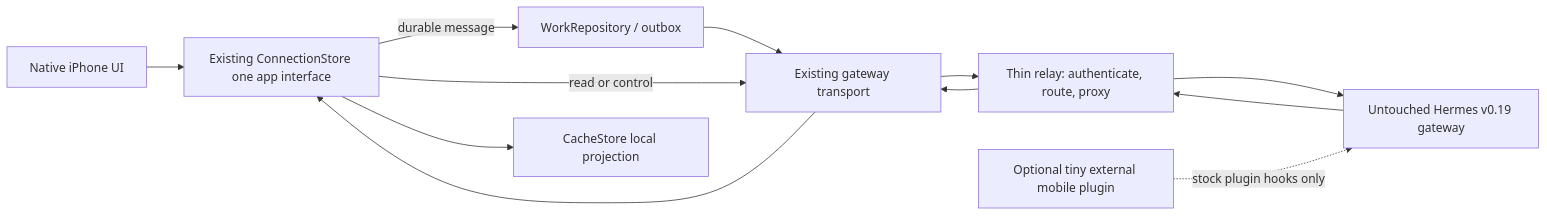
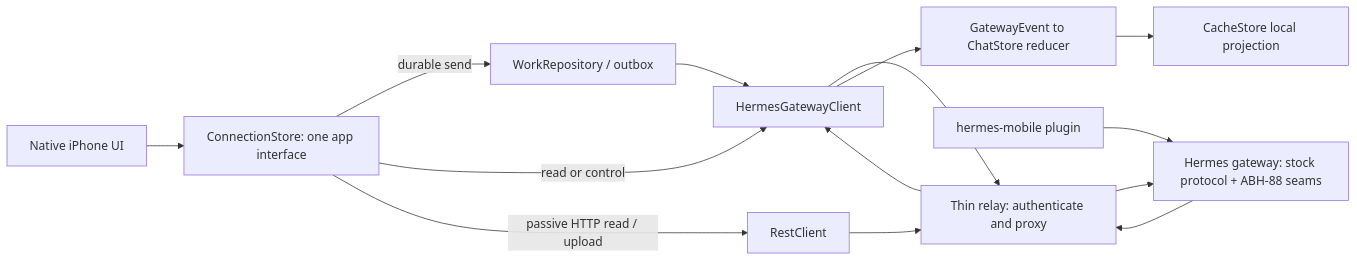
Before and after one commit to abhibansal-sg/hermes-mobile: the first of 3 diagrams in docs/CODEX-ABH519-V019-SIMPLIFICATION-PROPOSAL.md, drawn with Mermaid. The commit also changed other lines of this file and 1 other file, not shown here.

Commit message:
docs(abh-519): amend v0.19 simplification plan after review

````diff
--- a/docs/CODEX-ABH519-V019-SIMPLIFICATION-PROPOSAL.md
+++ b/docs/CODEX-ABH519-V019-SIMPLIFICATION-PROPOSAL.md
@@ -65,18 +96,16 @@
 ```mermaid
 flowchart LR
-    UI["Native iPhone UI"] --> CS["Existing ConnectionStore one app interface"]
+    UI["Native iPhone UI"] --> C["ConnectionStore: one app interface"]
+    C -->|"durable send"| O["WorkRepository / outbox"]
+    O --> GWC["HermesGatewayClient"]
+    C -->|"read or control"| GWC
+    C -->|"passive HTTP read / upload"| REST["RestClient"]
 
-    CS -->|"durable message"| OB["WorkRepository / outbox"]
-    OB --> NET["Existing gateway transport"]
-    CS -->|"read or control"| NET
+    GWC --> R["Thin relay: authenticate and proxy"]
+    REST --> R
+    R --> GW["Hermes gateway: stock protocol + ABH-88 seams"]
+    P["hermes-mobile plugin"] --> GW
 
-    NET --> R["Thin relay: authenticate, route, proxy"]
-    R --> G["Untouched Hermes v0.19 gateway"]
-
-    G --> R
-    R --> NET
-    NET --> CS
-    CS --> CACHE["CacheStore local projection"]
-
-    P["Optional tiny external mobile plugin"] -. "stock plugin hooks only" .-> G
+    GW --> R --> GWC --> RED["GatewayEvent to ChatStore reducer"]
+    RED --> CACHE["CacheStore local projection"]
 ```
````
